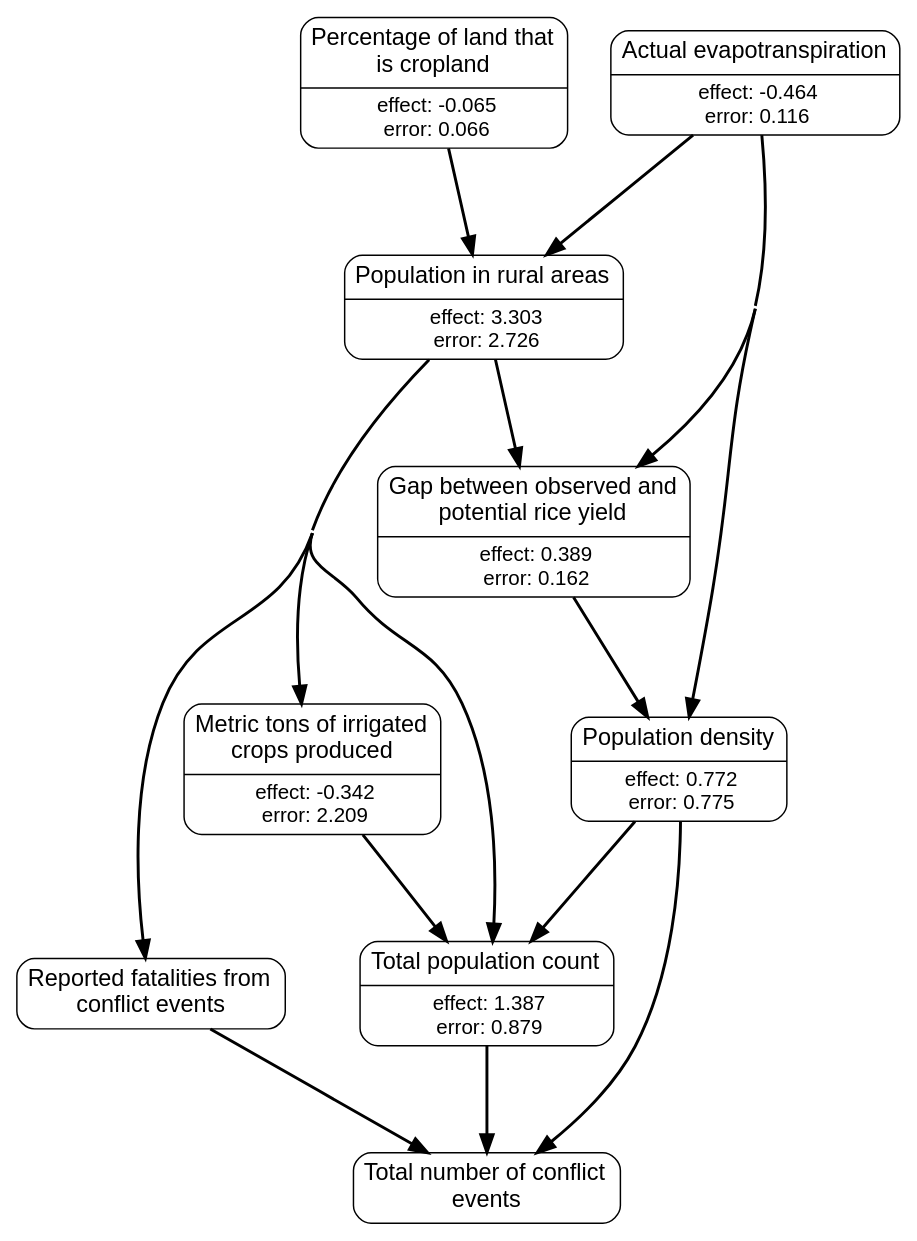
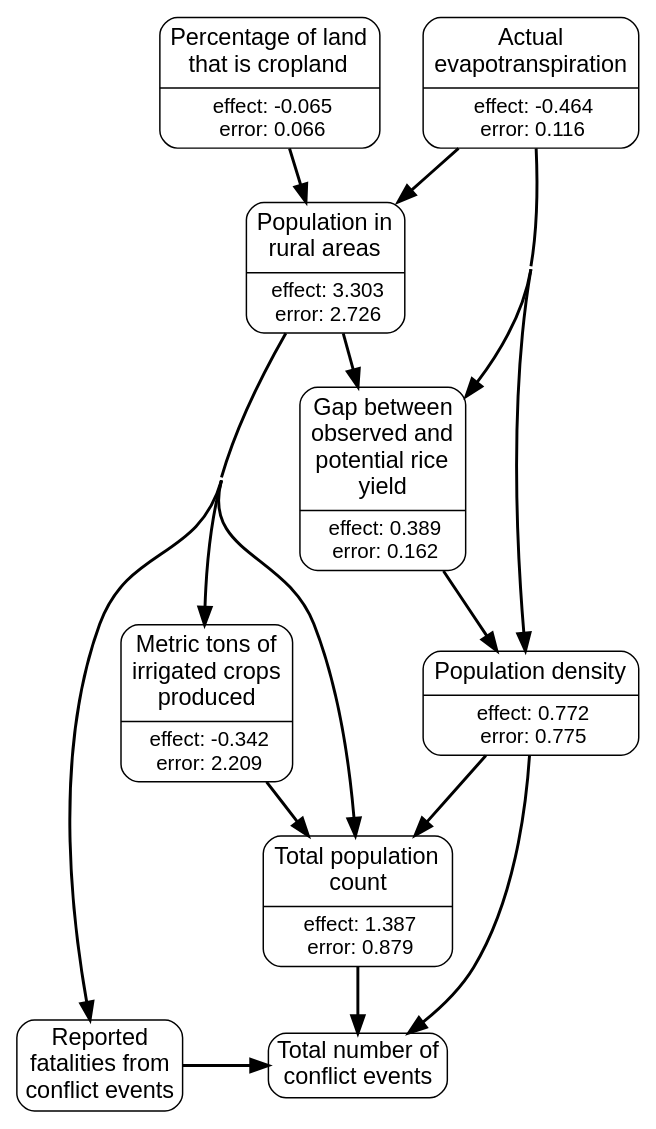
One commit to wri/wri-wpsi changed the diagram in app/javascript/images/regions/causal_graphs/east_asia_and_pacific.gv. Above: the diagram before and after it, drawn with Graphviz. The commit also changed 14 other files, not shown here.

```diff
--- a/app/javascript/images/regions/causal_graphs/east_asia_and_pacific.gv
+++ b/app/javascript/images/regions/causal_graphs/east_asia_and_pacific.gv
@@ -1,68 +1,67 @@
 # generated file for region: east_asia_and_pacific by CausalModelRegionGenerator
 strict digraph causalModel {
 nodesep = 0.4;
 concentrate = true;
 node[shape = Mrecord, fontname = "Helvetica, Arial, sans-serif", margin = "0.07,0.05", penwidth = 1.0];
 edge[arrowsize = 1.2, penwidth = 2];
-ranksep=1;
 
+#ranks
+{rank=same; Cropland2000_mean_percent_s et_actl_m_MIN_m; }
+{rank=same; acl_sum_evnt_m acl_sum_fatl_m; }
 # links
 spam_P_i_sum_s -> loccount_y ;
 rurpop_s -> spam_P_i_sum_s ;
 rurpop_s -> loccount_y ;
 rurpop_s -> yield_gap_rice_s ;
 rurpop_s -> acl_sum_fatl_m ;
 Cropland2000_mean_percent_s -> rurpop_s ;
 loccount_y -> acl_sum_evnt_m ;
 locdensity_y -> loccount_y ;
 locdensity_y -> acl_sum_evnt_m ;
 yield_gap_rice_s -> locdensity_y ;
 et_actl_m_MIN_m -> rurpop_s ;
 et_actl_m_MIN_m -> locdensity_y ;
 et_actl_m_MIN_m -> yield_gap_rice_s ;
 acl_sum_fatl_m -> acl_sum_evnt_m ;
 # nodes
 spam_P_i_sum_s [label = <{<table align="center" border="0" cellspacing="1" cellpadding="1">
-<tr><td><font point-size="16">Metric tons of irrigated<br/>crops produced<br/></font></td></tr>
+<tr><td><font point-size="16">Metric tons of<br/>irrigated crops<br/>produced<br/></font></td></tr>
 </table>
 |<table border="0" cellspacing="1" cellpadding="0.5"><tr><td><font point-size="14">effect: -0.342</font></td></tr>
 <tr><td><font point-size="14">error: 2.209</font></td></tr></table>}>, class = rankB];
 rurpop_s [label = <{<table align="center" border="0" cellspacing="1" cellpadding="1">
-<tr><td><font point-size="16">Population in rural areas</font></td></tr>
+<tr><td><font point-size="16">Population in<br/>rural areas<br/></font></td></tr>
 </table>
 |<table border="0" cellspacing="1" cellpadding="0.5"><tr><td><font point-size="14">effect: 3.303</font></td></tr>
 <tr><td><font point-size="14">error: 2.726</font></td></tr></table>}>, class = rankB];
 Cropland2000_mean_percent_s [label = <{<table align="center" border="0" cellspacing="1" cellpadding="1">
-<tr><td><font point-size="16">Percentage of land that<br/>is cropland<br/></font></td></tr>
+<tr><td><font point-size="16">Percentage of land<br/>that is cropland<br/></font></td></tr>
 </table>
 |<table border="0" cellspacing="1" cellpadding="0.5"><tr><td><font point-size="14">effect: -0.065</font></td></tr>
 <tr><td><font point-size="14">error: 0.066</font></td></tr></table>}>, class = rankA];
 loccount_y [label = <{<table align="center" border="0" cellspacing="1" cellpadding="1">
-<tr><td><font point-size="16">Total population count</font></td></tr>
+<tr><td><font point-size="16">Total population<br/>count<br/></font></td></tr>
 </table>
 |<table border="0" cellspacing="1" cellpadding="0.5"><tr><td><font point-size="14">effect: 1.387</font></td></tr>
 <tr><td><font point-size="14">error: 0.879</font></td></tr></table>}>, class = rankB];
 locdensity_y [label = <{<table align="center" border="0" cellspacing="1" cellpadding="1">
 <tr><td><font point-size="16">Population density</font></td></tr>
 </table>
 |<table border="0" cellspacing="1" cellpadding="0.5"><tr><td><font point-size="14">effect: 0.772</font></td></tr>
 <tr><td><font point-size="14">error: 0.775</font></td></tr></table>}>, class = rankB];
 yield_gap_rice_s [label = <{<table align="center" border="0" cellspacing="1" cellpadding="1">
-<tr><td><font point-size="16">Gap between observed and<br/>potential rice yield<br/></font></td></tr>
+<tr><td><font point-size="16">Gap between<br/>observed and<br/>potential rice<br/>yield<br/></font></td></tr>
 </table>
 |<table border="0" cellspacing="1" cellpadding="0.5"><tr><td><font point-size="14">effect: 0.389</font></td></tr>
 <tr><td><font point-size="14">error: 0.162</font></td></tr></table>}>, class = rankB];
 et_actl_m_MIN_m [label = <{<table align="center" border="0" cellspacing="1" cellpadding="1">
-<tr><td><font point-size="16">Actual evapotranspiration</font></td></tr>
+<tr><td><font point-size="16">Actual<br/>evapotranspiration<br/></font></td></tr>
 </table>
 |<table border="0" cellspacing="1" cellpadding="0.5"><tr><td><font point-size="14">effect: -0.464</font></td></tr>
 <tr><td><font point-size="14">error: 0.116</font></td></tr></table>}>, class = rankA];
-acl_sum_evnt_m [label = <<table align="center" border="0" cellspacing="1" cellpadding="1">
-<tr><td><font point-size="16">Total number of conflict<br/>events<br/></font></td></tr>
-</table>
->, class = rankC];
-acl_sum_fatl_m [label = <<table align="center" border="0" cellspacing="1" cellpadding="1">
-<tr><td><font point-size="16">Reported fatalities from<br/>conflict events<br/></font></td></tr>
-</table>
->, class = rankC];
+acl_sum_evnt_m [label = "Total number of
+conflict events", class = rankC, shape=box, style=rounded, fontsize="16pt"];
+acl_sum_fatl_m [label = "Reported
+fatalities from
+conflict events", class = rankC, shape=box, style=rounded, fontsize="16pt"];
 }
```
